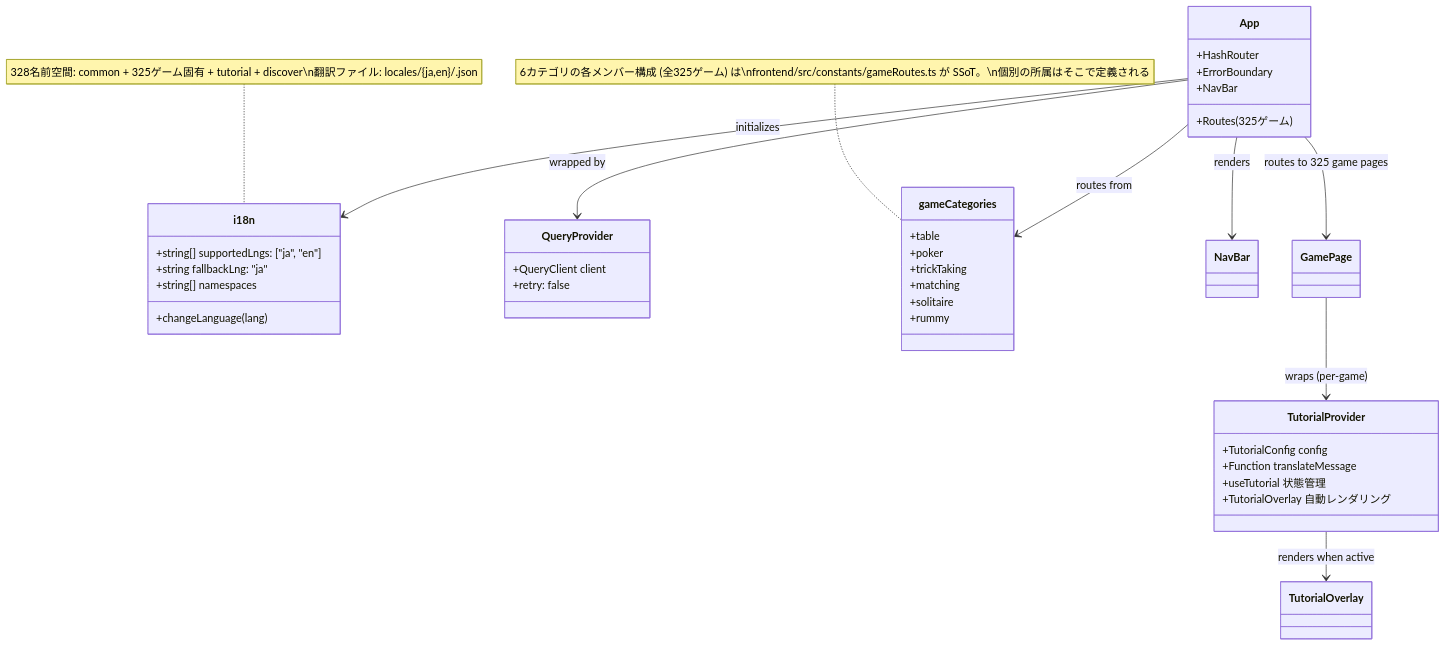
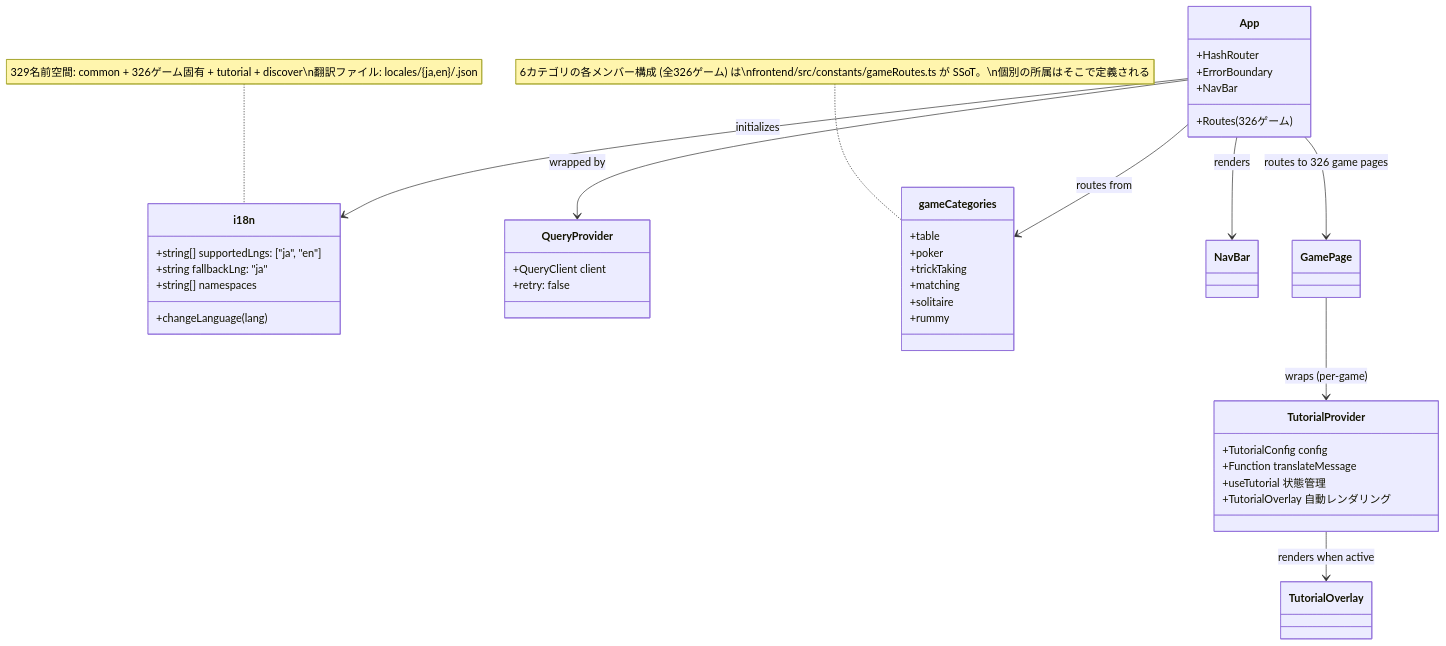
The ninth of 49 diagrams in docs/design/frontend.md (yuta-yoshinaga/go_trumpcards), drawn with Mermaid before and after one commit. The commit also changed other lines of this file and 62 other files, not shown here.

````diff
--- a/docs/design/frontend.md
+++ b/docs/design/frontend.md
@@ -1874,48 +1874,48 @@
 ```mermaid
 classDiagram
     class i18n {
         +string[] supportedLngs: ["ja", "en"]
         +string fallbackLng: "ja"
         +string[] namespaces
         +changeLanguage(lang)
     }
 
     class QueryProvider {
         +QueryClient client
         +retry: false
     }
 
     class App {
         +HashRouter
         +ErrorBoundary
         +NavBar
-        +Routes (325ゲーム)
+        +Routes (326ゲーム)
     }
 
     class gameCategories {
         +table
         +poker
         +trickTaking
         +matching
         +solitaire
         +rummy
     }
-    note for gameCategories "6カテゴリの各メンバー構成 (全325ゲーム) は\nfrontend/src/constants/gameRoutes.ts が SSoT。\n個別の所属はそこで定義される"
+    note for gameCategories "6カテゴリの各メンバー構成 (全326ゲーム) は\nfrontend/src/constants/gameRoutes.ts が SSoT。\n個別の所属はそこで定義される"
 
     class TutorialProvider {
         +TutorialConfig config
         +Function translateMessage
         +useTutorial 状態管理
         +TutorialOverlay 自動レンダリング
     }
 
     App --> QueryProvider : wrapped by
     App --> i18n : initializes
     App --> gameCategories : routes from
     App --> NavBar : renders
-    App --> GamePage : routes to 325 game pages
+    App --> GamePage : routes to 326 game pages
     GamePage --> TutorialProvider : wraps (per-game)
     TutorialProvider --> TutorialOverlay : renders when active
 
-    note for i18n "328名前空間: common + 325ゲーム固有 + tutorial + discover\n翻訳ファイル: locales/{ja,en}/<game>.json"
+    note for i18n "329名前空間: common + 326ゲーム固有 + tutorial + discover\n翻訳ファイル: locales/{ja,en}/<game>.json"
 ```
````
